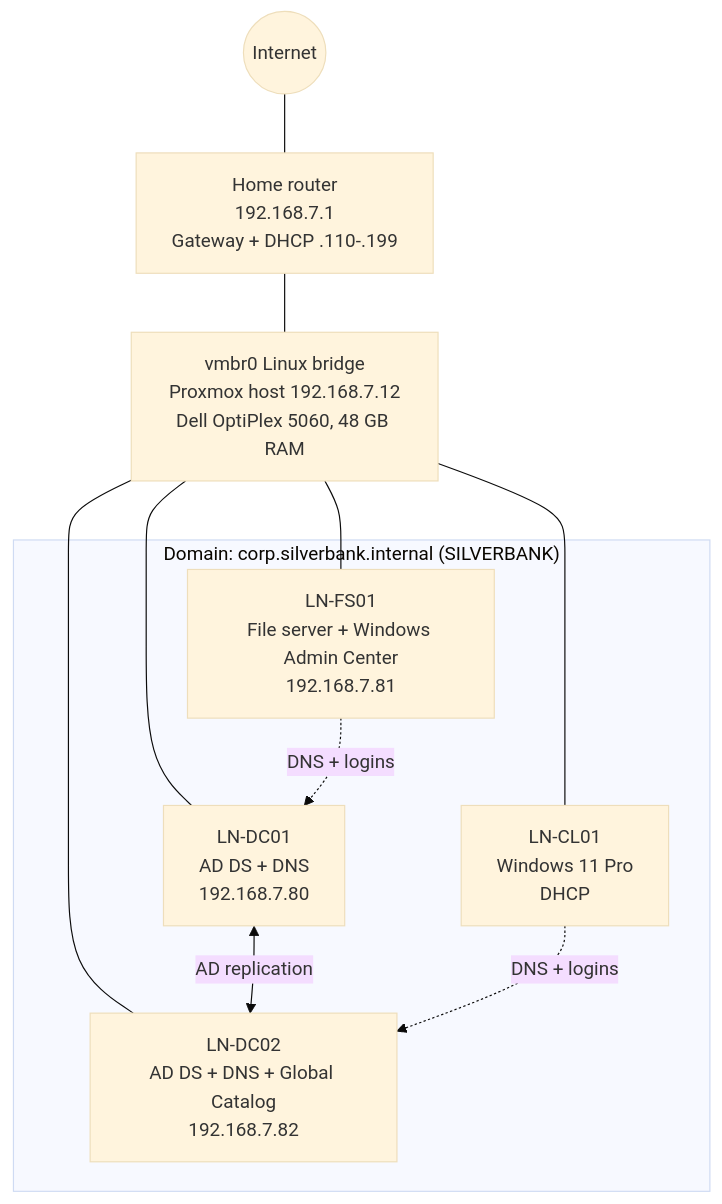
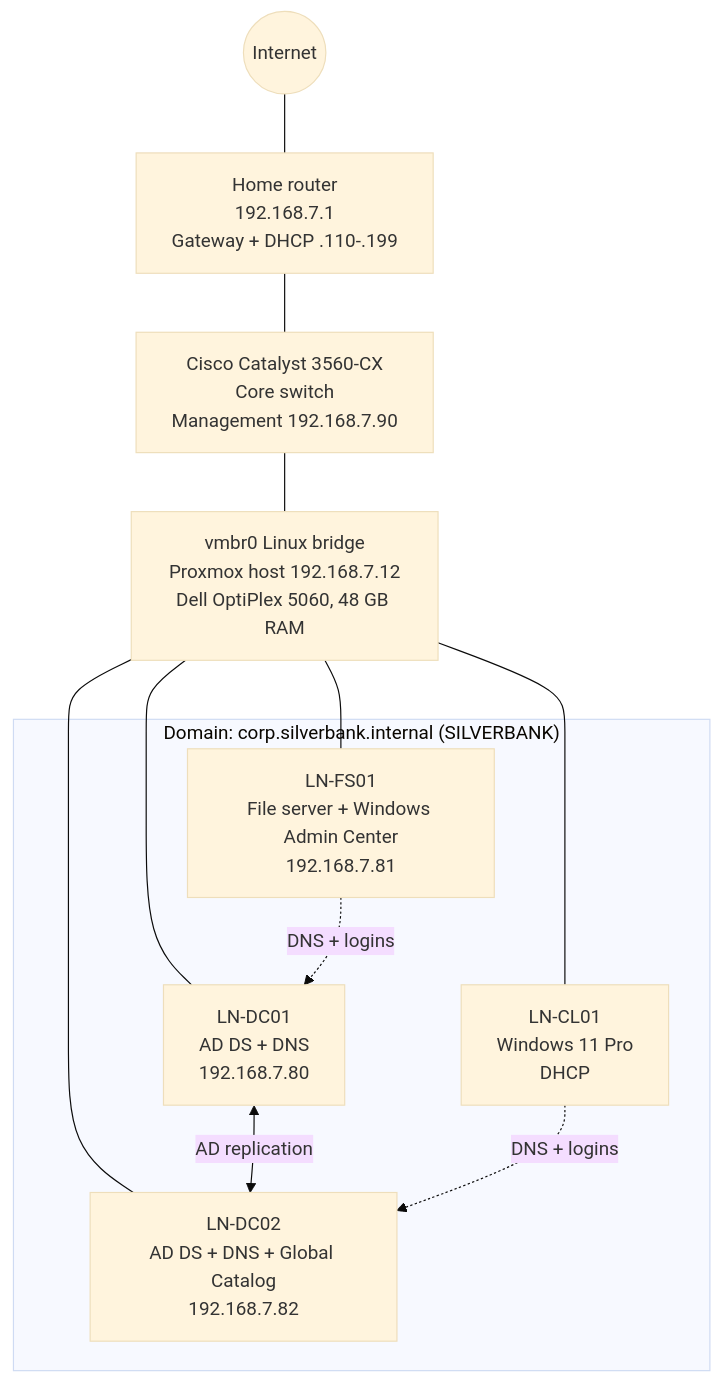
The diagram in README.md (mariusiordan/Windows-Server-2025-Homelab), drawn with Mermaid (base theme) before and after one commit. The commit also changed other lines of this file, not shown here.

````diff
--- a/README.md
+++ b/README.md
@@ -24,25 +33,27 @@
 ```mermaid
 flowchart TB
     internet((Internet))
     router["Home router<br/>192.168.7.1<br/>Gateway + DHCP .110-.199"]
+    switch["Cisco Catalyst 3560-CX<br/>Core switch<br/>Management 192.168.7.90"]
     bridge["vmbr0 Linux bridge<br/>Proxmox host 192.168.7.12<br/>Dell OptiPlex 5060, 48 GB RAM"]
 
     internet --- router
-    router --- bridge
+    router --- switch
+    switch --- bridge
 
     subgraph domain["Domain: corp.silverbank.internal (SILVERBANK)"]
         dc01["LN-DC01<br/>AD DS + DNS<br/>192.168.7.80"]
         dc02["LN-DC02<br/>AD DS + DNS + Global Catalog<br/>192.168.7.82"]
         fs01["LN-FS01<br/>File server + Windows Admin Center<br/>192.168.7.81"]
         cl01["LN-CL01<br/>Windows 11 Pro<br/>DHCP"]
     end
 
     bridge --- dc01
     bridge --- dc02
     bridge --- fs01
     bridge --- cl01
 
     dc01 <-->|AD replication| dc02
     fs01 -.->|DNS + logins| dc01
     cl01 -.->|DNS + logins| dc02
 ```
````
